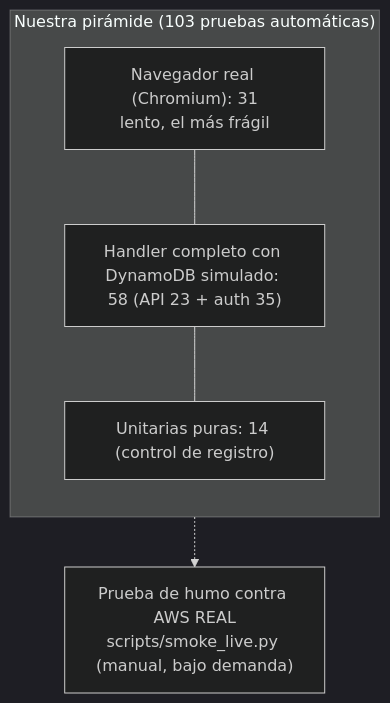
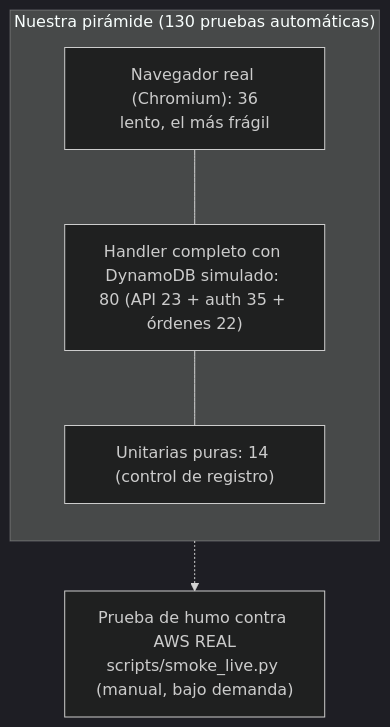
The diagram in docs/07-pruebas-calidad.md (Keniding/agent-aws), drawn with Mermaid (dark theme) before and after one commit. The commit also changed other lines of this file and 6 other files, not shown here.

````diff
--- a/docs/07-pruebas-calidad.md
+++ b/docs/07-pruebas-calidad.md
@@ -13,12 +13,12 @@
 ```mermaid
 flowchart TB
-    subgraph PIR["Nuestra pirámide (103 pruebas automáticas)"]
+    subgraph PIR["Nuestra pirámide (130 pruebas automáticas)"]
         direction TB
-        E2E["Navegador real (Chromium): 31<br/>lento, el más frágil"]
-        INT["Handler completo con DynamoDB simulado: 58 (API 23 + auth 35)"]
+        E2E["Navegador real (Chromium): 36<br/>lento, el más frágil"]
+        INT["Handler completo con DynamoDB simulado: 80 (API 23 + auth 35 + órdenes 22)"]
         UNI["Unitarias puras: 14 (control de registro)"]
     end
     E2E --- INT --- UNI
     LIVE["Prueba de humo contra AWS REAL<br/>scripts/smoke_live.py (manual, bajo demanda)"]
     E2E -.-> LIVE
 ```
````
